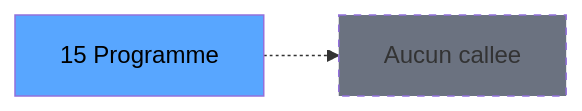
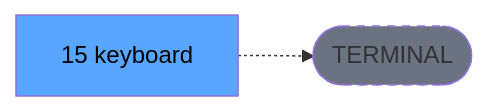
Before and after one commit to thonyAGP/lecteur-magic: the third of 3 diagrams in .openspec/specs/ADH-IDE-15.md, drawn with Mermaid. The commit also changed other lines of this file and 701 other files, not shown here.

````diff
--- a/.openspec/specs/ADH-IDE-15.md
+++ b/.openspec/specs/ADH-IDE-15.md
@@ -128,8 +134,8 @@
 ```mermaid
 graph LR
-    T[15 Programme]
-    NONE[Aucun callee]
-    T -.-> NONE
+    T[15 keyboard]
+    TERM([TERMINAL])
+    T -.-> TERM
+    style TERM fill:#6b7280,stroke-dasharray: 5 5
     style T fill:#58a6ff,color:#000
-    style NONE fill:#6b7280,stroke-dasharray: 5 5
 ```
````
